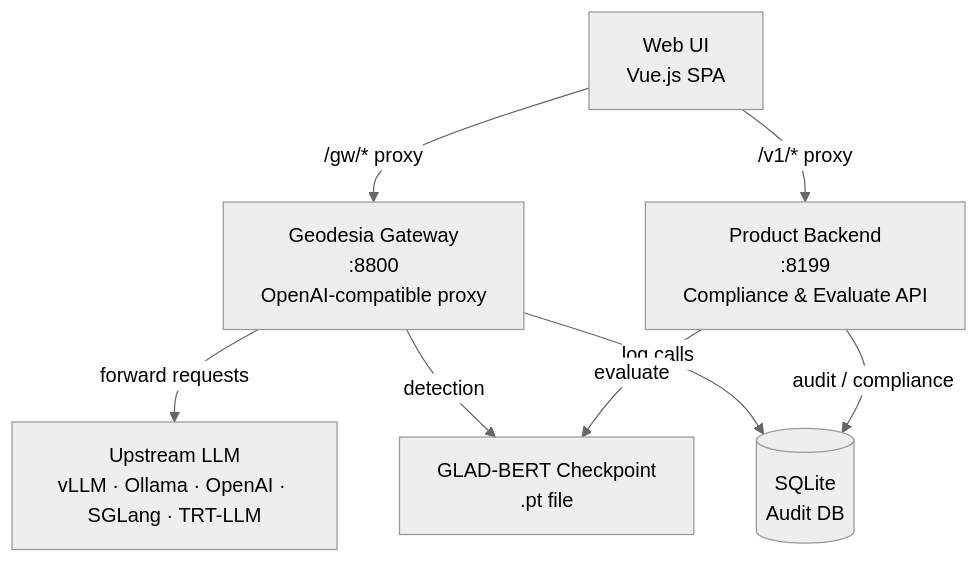
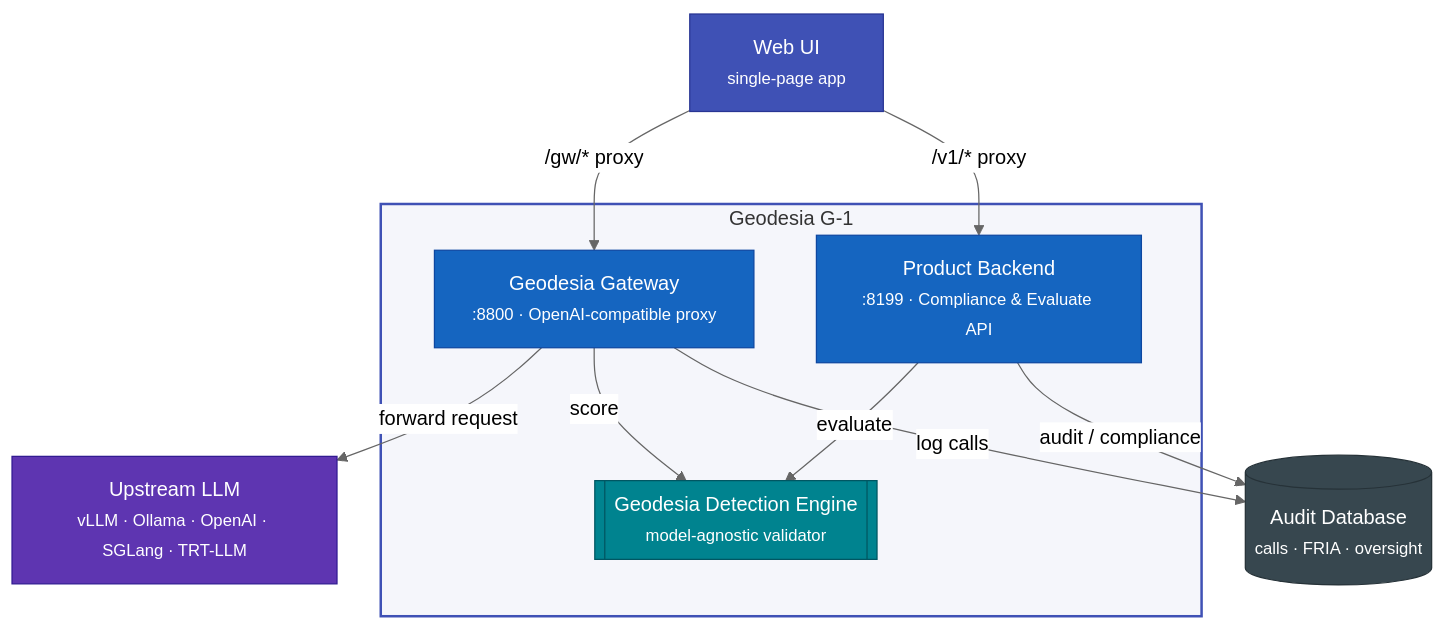
Before and after one commit to geodesia-ai/geodesia-docs: the first of 2 diagrams in docs/architecture.md, drawn with Mermaid (neutral theme). The commit also changed other lines of this file and 13 other files, not shown here.

First line of the commit message:
docs: add brand logo/favicon + polished Mermaid diagrams

````diff
--- a/docs/architecture.md
+++ b/docs/architecture.md
@@ -5,17 +5,28 @@
 ```mermaid
-graph TB
-    UI[Web UI\nVue.js SPA]
-    GW[Geodesia Gateway\n:8800\nOpenAI-compatible proxy]
-    PROD[Product Backend\n:8199\nCompliance & Evaluate API]
-    LLM[Upstream LLM\nvLLM · Ollama · OpenAI · SGLang · TRT-LLM]
-    DB[(SQLite\nAudit DB)]
-    CKPT[GLAD-BERT Checkpoint\n.pt file]
+flowchart TB
+    UI[Web UI<br/><small>single-page app</small>]:::ui
+
+    subgraph CORE [" Geodesia G-1 "]
+        GW[Geodesia Gateway<br/><small>:8800 · OpenAI-compatible proxy</small>]:::svc
+        PROD[Product Backend<br/><small>:8199 · Compliance &amp; Evaluate API</small>]:::svc
+        ENGINE[[Geodesia Detection Engine<br/><small>model-agnostic validator</small>]]:::engine
+    end
+
+    LLM[Upstream LLM<br/><small>vLLM · Ollama · OpenAI · SGLang · TRT-LLM</small>]:::llm
+    DB[(Audit Database<br/><small>calls · FRIA · oversight</small>)]:::db
 
     UI -->|/gw/* proxy| GW
     UI -->|/v1/* proxy| PROD
-    GW -->|forward requests| LLM
-    GW -->|detection| CKPT
+    GW -->|forward request| LLM
+    GW -->|score| ENGINE
+    PROD -->|evaluate| ENGINE
     GW -->|log calls| DB
-    PROD -->|evaluate| CKPT
     PROD -->|audit / compliance| DB
+
+    classDef ui fill:#3f51b5,color:#fff,stroke:#283593;
+    classDef svc fill:#1565c0,color:#fff,stroke:#0d47a1;
+    classDef engine fill:#00838f,color:#fff,stroke:#005662;
+    classDef llm fill:#5e35b1,color:#fff,stroke:#311b92;
+    classDef db fill:#37474f,color:#fff,stroke:#263238;
+    style CORE fill:#3f51b50d,stroke:#3f51b5,stroke-width:2px;
 ```
````
